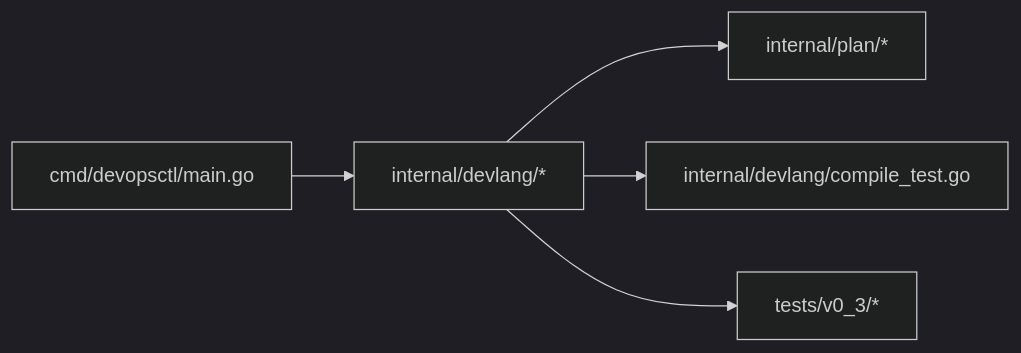
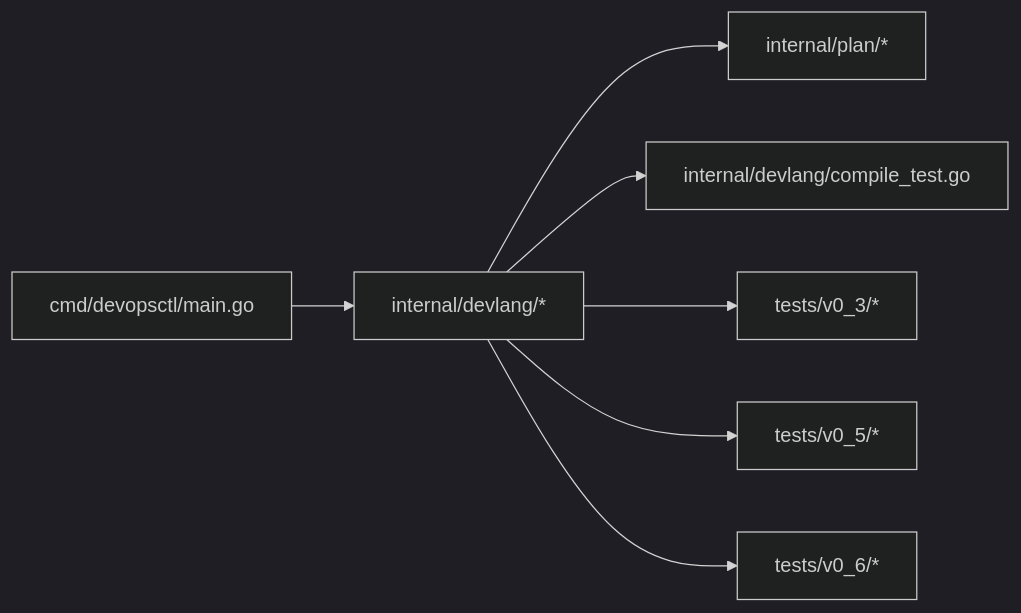
The eighth of 8 diagrams in .qoder/repowiki/en/content/.devops Language Reference/Language Syntax and Grammar.md (ahmednour1430464/dotdevops), drawn with Mermaid (dark theme) before and after one commit. The commit also changed other lines of this file and 12 other files, not shown here.

````diff
--- a/.qoder/repowiki/en/content/.devops Language Reference/Language Syntax and Grammar.md
+++ b/.qoder/repowiki/en/content/.devops Language Reference/Language Syntax and Grammar.md
@@ -503,7 +596,9 @@
 ```mermaid
 graph LR
 CLI["cmd/devopsctl/main.go"] --> DL["internal/devlang/*"]
 DL --> PLAN["internal/plan/*"]
 DL --> TESTS["internal/devlang/compile_test.go"]
 DL --> V0_3_TESTS["tests/v0_3/*"]
+DL --> V0_5_TESTS["tests/v0_5/*"]
+DL --> V0_6_TESTS["tests/v0_6/*"]
 ```
````
